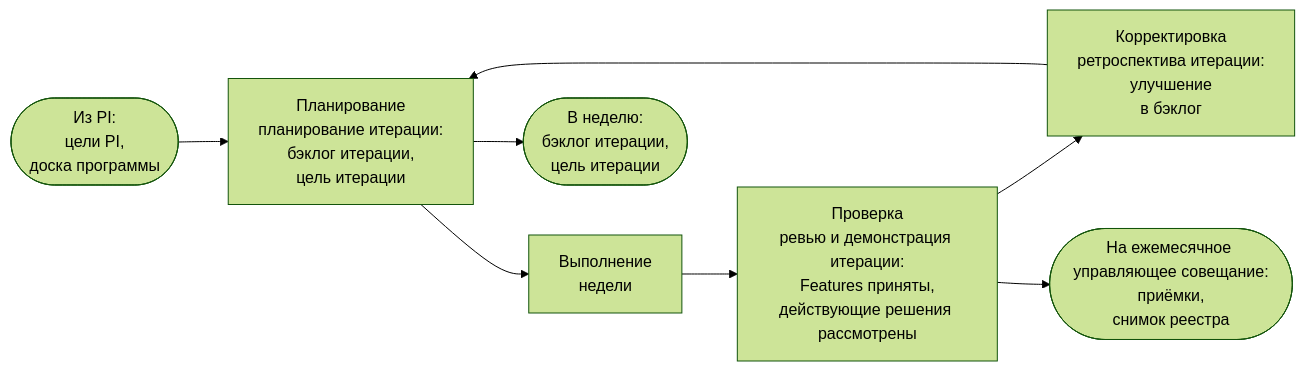
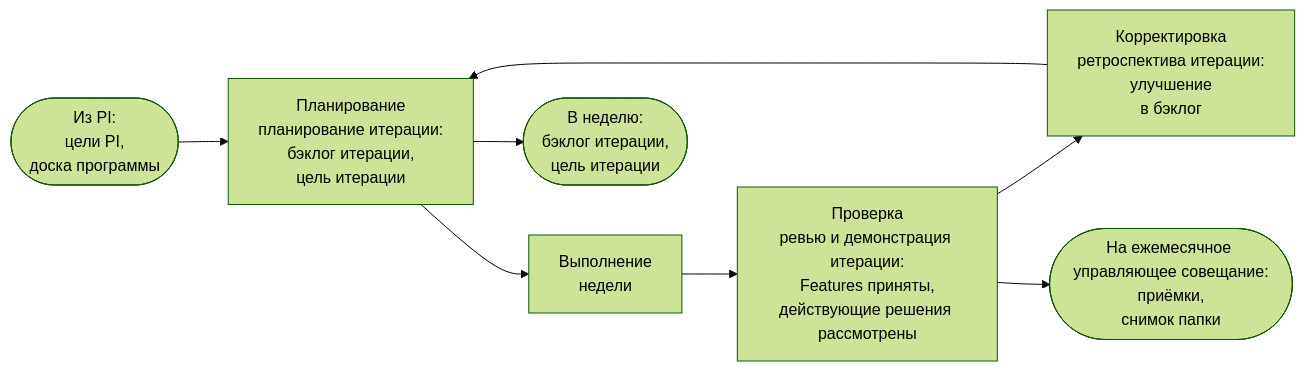
Before and after one commit to devhogu/ob-aicc: the second of 5 diagrams in portal/content/ru/delivery/the-loops-of-delivery.md, drawn with Mermaid (forest theme). The commit also changed other lines of this file and 370 other files, not shown here.

````diff
--- a/portal/content/ru/delivery/the-loops-of-delivery.md
+++ b/portal/content/ru/delivery/the-loops-of-delivery.md
@@ -28,11 +28,11 @@
 ```mermaid
 flowchart LR
   IN(["Из PI:<br/>цели PI,<br/>доска программы"]) --> P["Планирование<br/>планирование итерации:<br/>бэклог итерации,<br/>цель итерации"]
   P --> D["Выполнение<br/>недели"]
   C["Проверка<br/>ревью и демонстрация итерации:<br/>Features приняты,<br/>действующие решения рассмотрены"]
   D --> C
   C --> A["Корректировка<br/>ретроспектива итерации:<br/>улучшение<br/>в бэклог"]
   A --> P
   P --> OUT(["В неделю:<br/>бэклог итерации,<br/>цель итерации"])
-  C --> UP(["На ежемесячное управляющее совещание:<br/>приёмки,<br/>снимок реестра"])
+  C --> UP(["На ежемесячное управляющее совещание:<br/>приёмки,<br/>снимок папки"])
 ```
````
